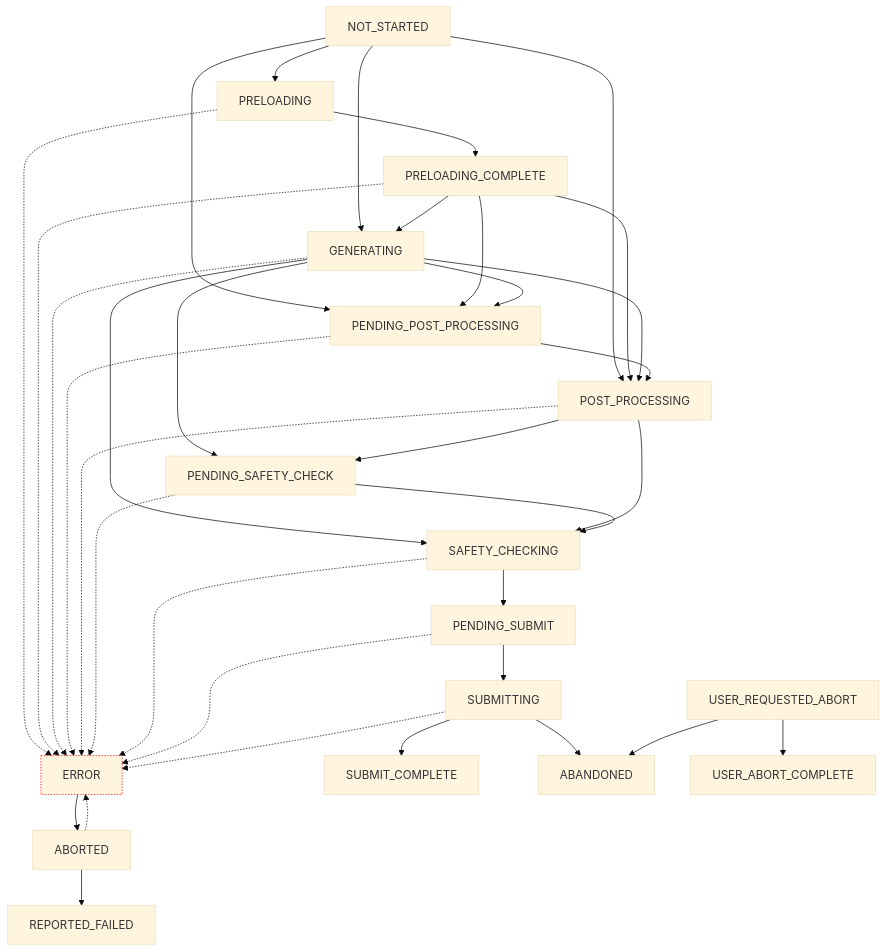
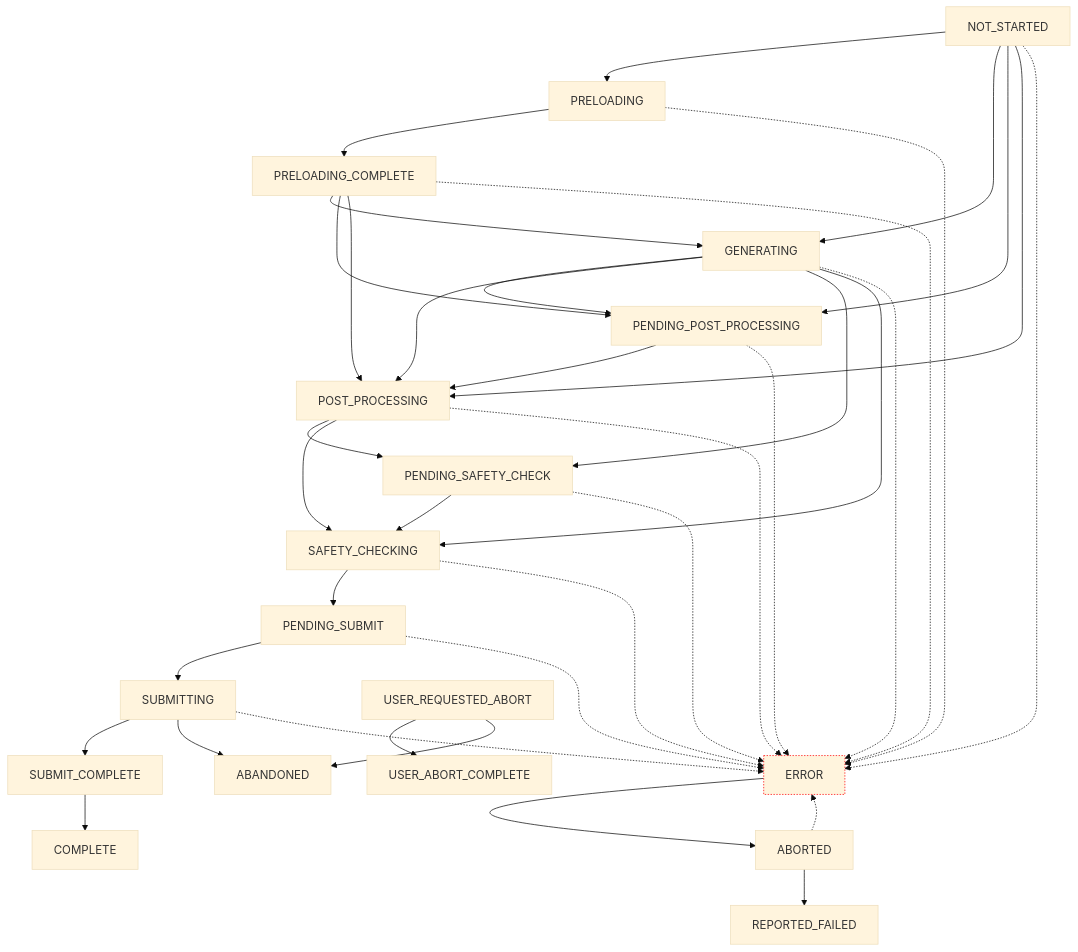
Before and after one commit to Haidra-Org/horde-sdk: the diagram in docs/ai-horde-worker/worker_states_flow.md, drawn with Mermaid (base theme). The commit also changed 6 other files, not shown here.

````diff
--- a/docs/ai-horde-worker/worker_states_flow.md
+++ b/docs/ai-horde-worker/worker_states_flow.md
@@ -7,53 +7,56 @@
 ```mermaid
 flowchart TD
     %% Style definitions
     classDef error stroke:#f00,stroke-dasharray: 2 2
 
     %% Main flow
     NOT_STARTED --> PRELOADING
     NOT_STARTED --> GENERATING
     NOT_STARTED --> PENDING_POST_PROCESSING
     NOT_STARTED --> POST_PROCESSING
+    NOT_STARTED -.-> ERROR:::error
 
     PRELOADING --> PRELOADING_COMPLETE
     PRELOADING -.-> ERROR:::error
 
     PRELOADING_COMPLETE --> GENERATING
     PRELOADING_COMPLETE --> PENDING_POST_PROCESSING
     PRELOADING_COMPLETE --> POST_PROCESSING
     PRELOADING_COMPLETE -.-> ERROR:::error
 
     GENERATING --> PENDING_POST_PROCESSING
     GENERATING --> POST_PROCESSING
     GENERATING --> PENDING_SAFETY_CHECK
     GENERATING --> SAFETY_CHECKING
     GENERATING -.-> ERROR:::error
 
     PENDING_POST_PROCESSING --> POST_PROCESSING
     PENDING_POST_PROCESSING -.-> ERROR:::error
 
     POST_PROCESSING --> PENDING_SAFETY_CHECK
     POST_PROCESSING --> SAFETY_CHECKING
     POST_PROCESSING -.-> ERROR:::error
 
     PENDING_SAFETY_CHECK --> SAFETY_CHECKING
     PENDING_SAFETY_CHECK -.-> ERROR:::error
 
     SAFETY_CHECKING --> PENDING_SUBMIT
     SAFETY_CHECKING -.-> ERROR:::error
 
     PENDING_SUBMIT --> SUBMITTING
     PENDING_SUBMIT -.-> ERROR:::error
 
     SUBMITTING --> SUBMIT_COMPLETE
+    SUBMITTING --> ABANDONED
     SUBMITTING -.-> ERROR:::error
-    SUBMITTING --> ABANDONED
+
+    SUBMIT_COMPLETE --> COMPLETE
 
     ERROR --> ABORTED
 
     ABORTED --> REPORTED_FAILED
     ABORTED -.-> ERROR:::error
 
     USER_REQUESTED_ABORT --> USER_ABORT_COMPLETE
     USER_REQUESTED_ABORT --> ABANDONED
 ```
````
